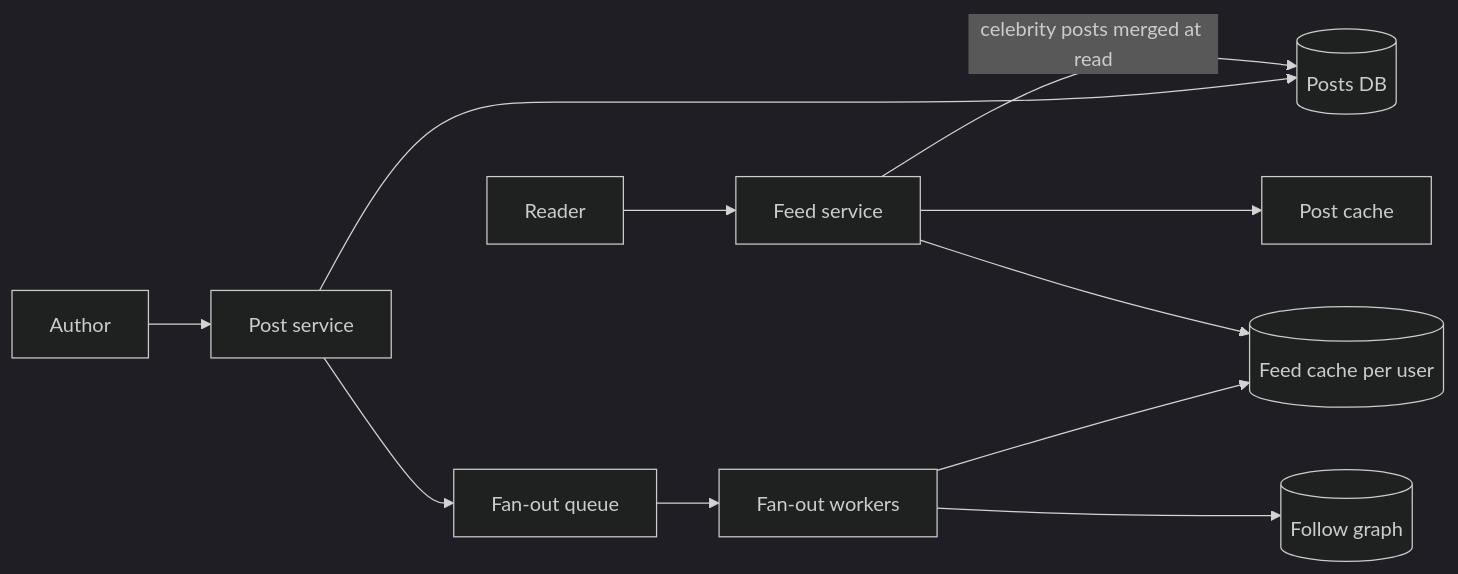
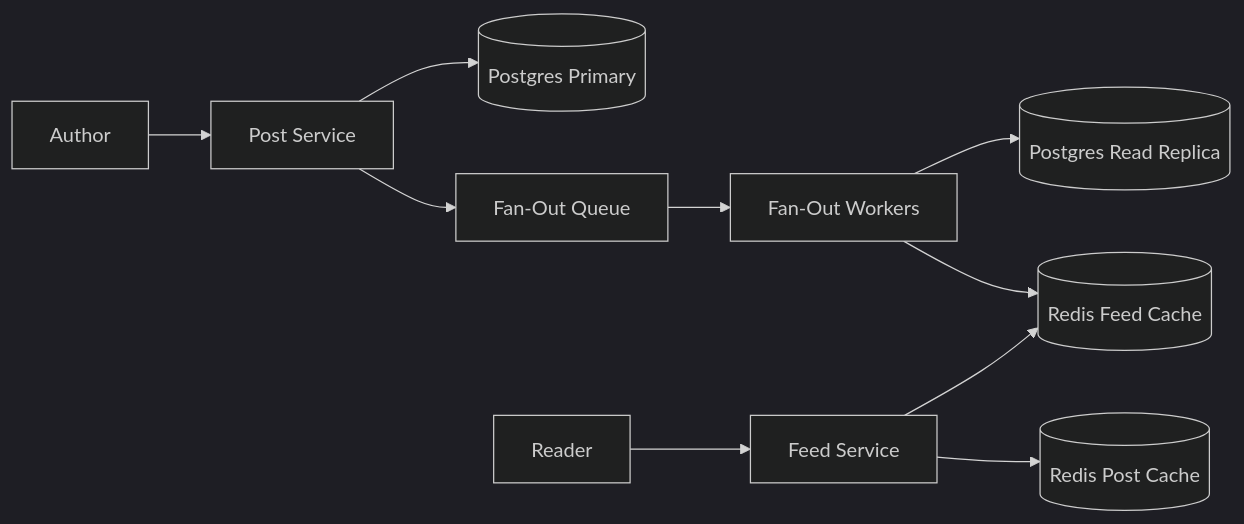
The second of 5 diagrams in content/system-design/22-interview-design-problems/08-news-feed/README.md (TapanKumarBarik/Backend-roadmap), drawn with Mermaid (dark theme) before and after one commit. The commit also changed other lines of this file and 37 other files, not shown here.

Commit message:
Upgrade Track 22 (37 interview design problems) with scale-by-scale architecture evolution

````diff
--- a/content/system-design/22-interview-design-problems/08-news-feed/README.md
+++ b/content/system-design/22-interview-design-problems/08-news-feed/README.md
@@ -107,12 +160,10 @@
 ```mermaid
 flowchart LR
-  U["Author"] --> PS["Post service"] --> P[("Posts DB")]
-  PS --> Q["Fan-out queue"]
-  Q --> FW["Fan-out workers"]
-  FW --> G[("Follow graph")]
-  FW --> FC[("Feed cache per user")]
-  R["Reader"] --> FS["Feed service"]
+  Author["Author"] --> PS["Post Service"] --> PGP[("Postgres Primary")]
+  PS --> Q["Fan-Out Queue"] --> FW["Fan-Out Workers"]
+  FW --> PGR[("Postgres Read Replica")]
+  FW --> FC[("Redis Feed Cache")]
+  Reader["Reader"] --> FS["Feed Service"]
   FS --> FC
-  FS --> PC["Post cache"]
-  FS -- "celebrity posts merged at read" --> P
+  FS --> PC[("Redis Post Cache")]
 ```
````
